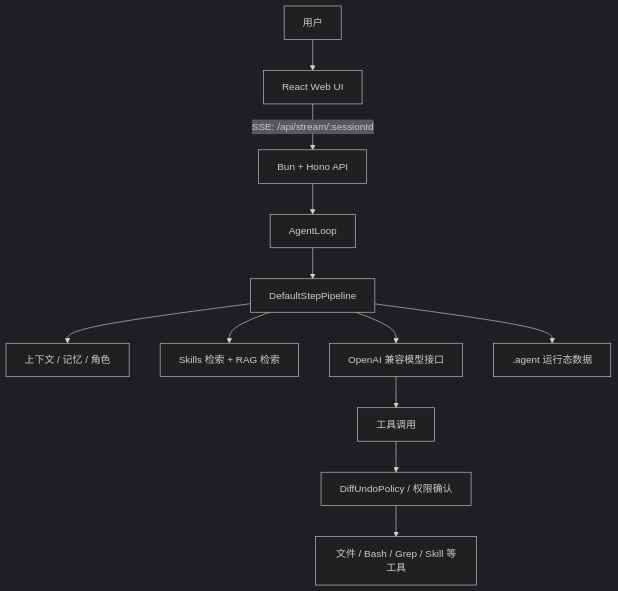
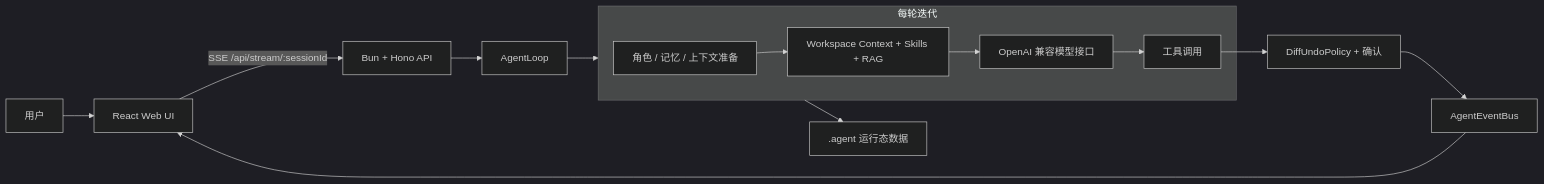
One commit to 15931778201/storybook-studio changed the first of 2 diagrams in README.md. Above: the diagram before and after it, drawn with Mermaid (dark theme). The commit also changed other lines of this file and 62 other files, not shown here.

````diff
--- a/README.md
+++ b/README.md
@@ -15,14 +33,16 @@
 ```mermaid
-flowchart TD
-  User["用户"] --> Web["React Web UI"]
-  Web -->|SSE: /api/stream/:sessionId| API["Bun + Hono API"]
-  API --> Loop["AgentLoop"]
-  Loop --> Pipeline["DefaultStepPipeline"]
-  Pipeline --> Context["上下文 / 记忆 / 角色"]
-  Pipeline --> Retrieval["Skills 检索 + RAG 检索"]
-  Pipeline --> LLM["OpenAI 兼容模型接口"]
-  LLM --> Tools["工具调用"]
-  Tools --> Policy["DiffUndoPolicy / 权限确认"]
-  Policy --> Builtin["文件 / Bash / Grep / Skill 等工具"]
+flowchart LR
+  User["用户"] --> WebUI["React Web UI"]
+  WebUI -->|"SSE /api/stream/:sessionId"| Hono["Bun + Hono API"]
+  Hono --> Loop["AgentLoop"]
+  Loop --> Pipeline["AdaptivePipeline"]
+  subgraph Pipeline [每轮迭代]
+    Ctx["角色 / 记忆 / 上下文准备"] --> Retrieve["Workspace Context + Skills + RAG"]
+    Retrieve --> LLM["OpenAI 兼容模型接口"]
+    LLM --> Tools["工具调用"]
+  end
+  Tools --> Policy["DiffUndoPolicy + 确认"]
+  Policy --> EventBus["AgentEventBus"]
+  EventBus --> WebUI
   Pipeline --> Store[".agent 运行态数据"]
 ```
````
